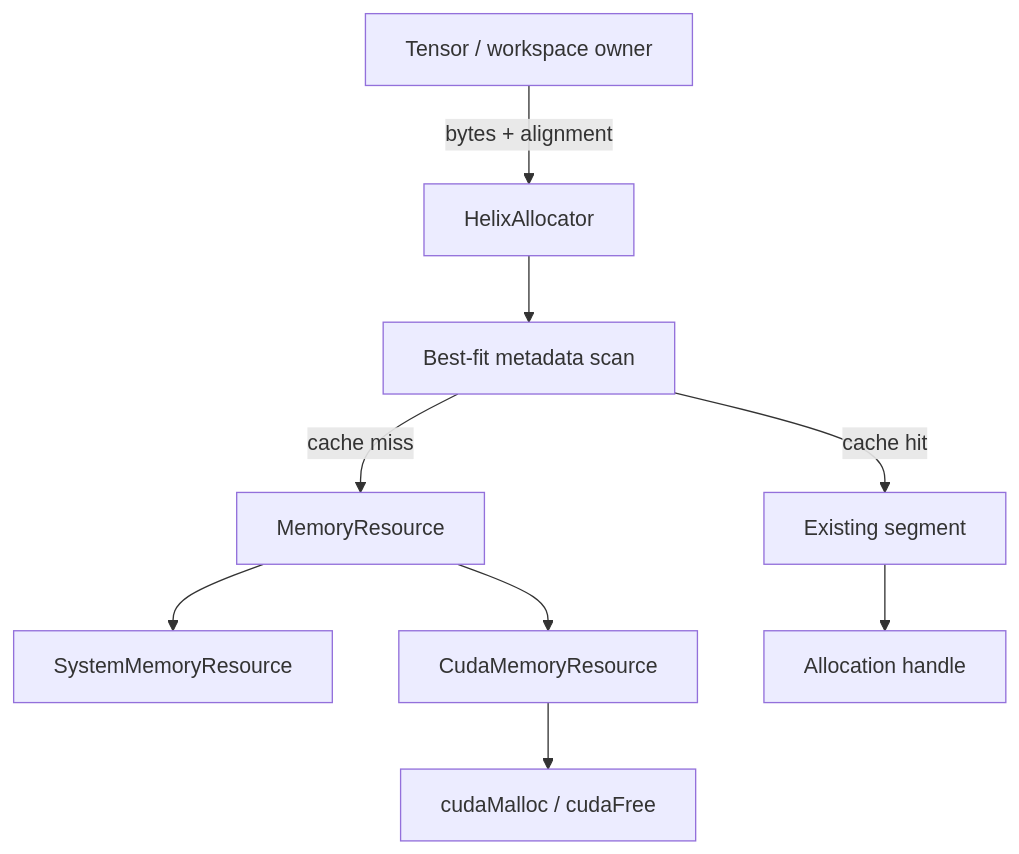
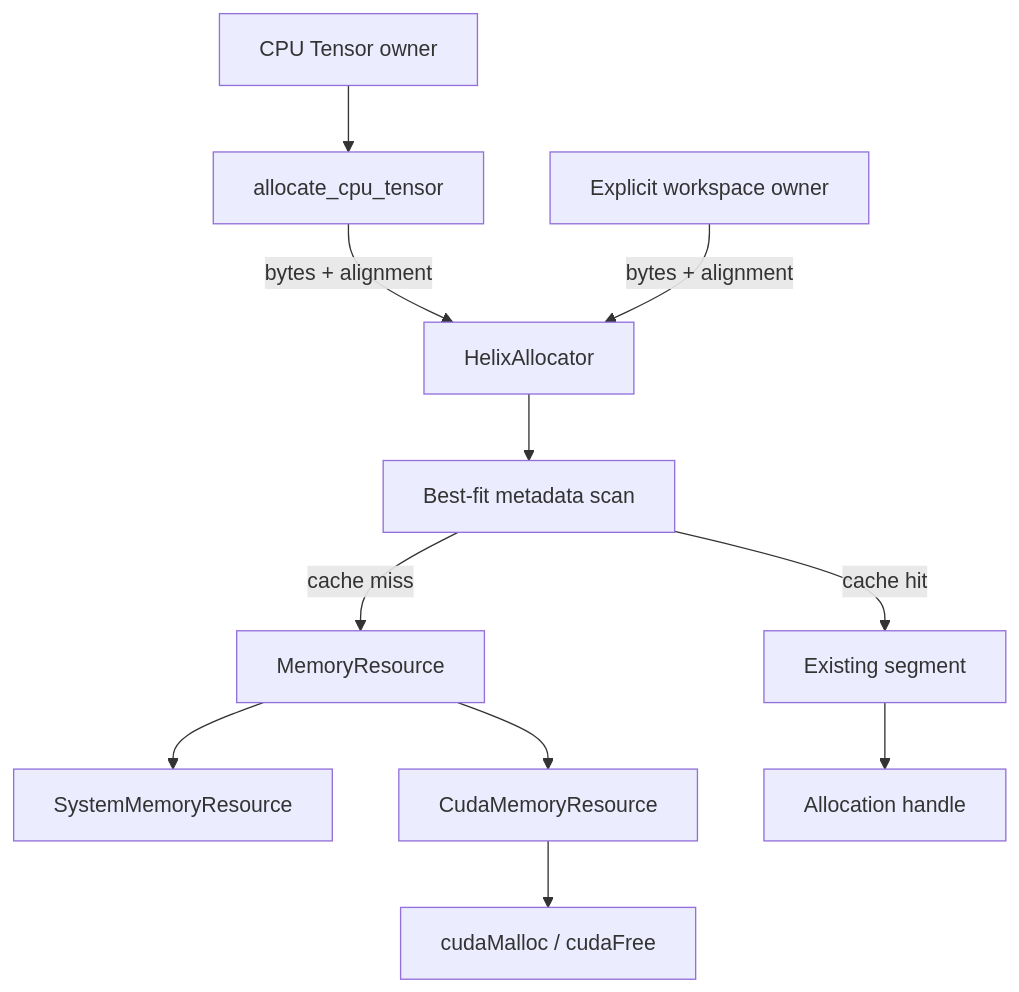
Before and after one commit to parthpandya5/helix-runtime: the first of 4 diagrams in docs/MEMORY_ALLOCATOR.md, drawn with Mermaid. The commit also changed other lines of this file and 11 other files, not shown here.

````diff
--- a/docs/MEMORY_ALLOCATOR.md
+++ b/docs/MEMORY_ALLOCATOR.md
@@ -30,11 +33,13 @@
 ```mermaid
 flowchart TD
-    Client[Tensor / workspace owner] -->|bytes + alignment| Allocator[HelixAllocator]
+    Tensor[CPU Tensor owner] --> Bridge[allocate_cpu_tensor]
+    Bridge -->|bytes + alignment| Allocator[HelixAllocator]
+    Workspace[Explicit workspace owner] -->|bytes + alignment| Allocator
     Allocator --> Scan[Best-fit metadata scan]
     Scan -->|cache hit| Segment[Existing segment]
     Scan -->|cache miss| Resource[MemoryResource]
     Resource --> Host[SystemMemoryResource]
     Resource --> CUDA[CudaMemoryResource]
     CUDA --> Native[cudaMalloc / cudaFree]
     Segment --> Handle[Allocation handle]
 ```
````
